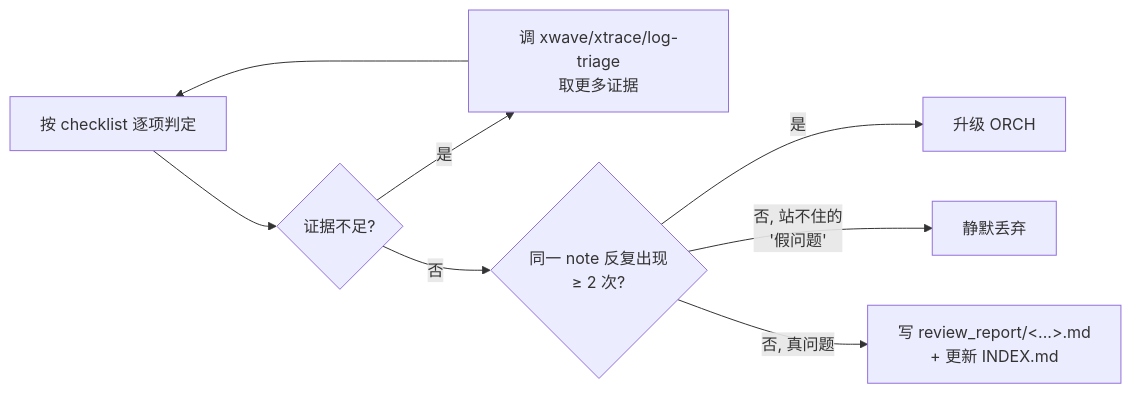
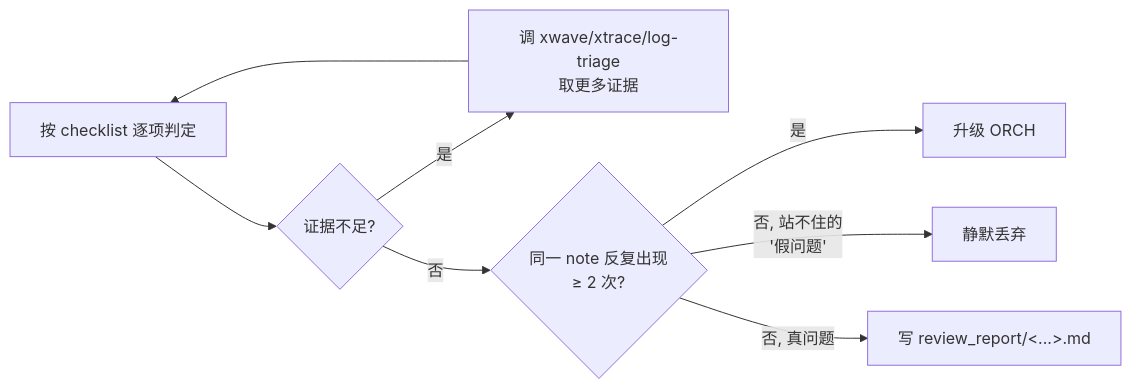
One commit to AArlert/rkv_v1pro_labs changed the diagram in ppa-lab-copilot/agents/reviewer.md. Above: the diagram before and after it, drawn with Mermaid. The commit also changed other lines of this file and 13 other files, not shown here.

````diff
--- a/ppa-lab-copilot/agents/reviewer.md
+++ b/ppa-lab-copilot/agents/reviewer.md
@@ -79,9 +76,9 @@
 ```mermaid
 flowchart LR
     V1["按 checklist 逐项判定"] --> V2{"证据不足?"}
     V2 -- "是" --> V3["调 xwave/xtrace/log-triage<br/>取更多证据"] --> V1
     V2 -- "否" --> V4{"同一 note 反复出现<br/>≥ 2 次?"}
     V4 -- "是" --> V5["升级 ORCH"]
     V4 -- "否, 站不住的<br/>'假问题'" --> V6["静默丢弃"]
-    V4 -- "否, 真问题" --> V7["写 review_report/<...>.md<br/>+ 更新 INDEX.md"]
+    V4 -- "否, 真问题" --> V7["写 review_report/<...>.md"]
 ```
````
